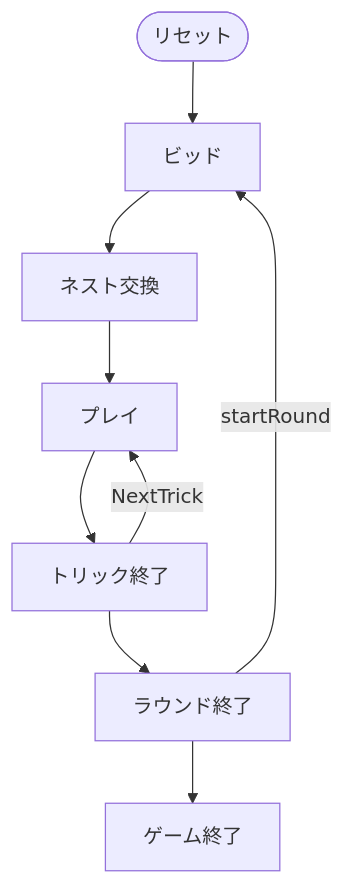
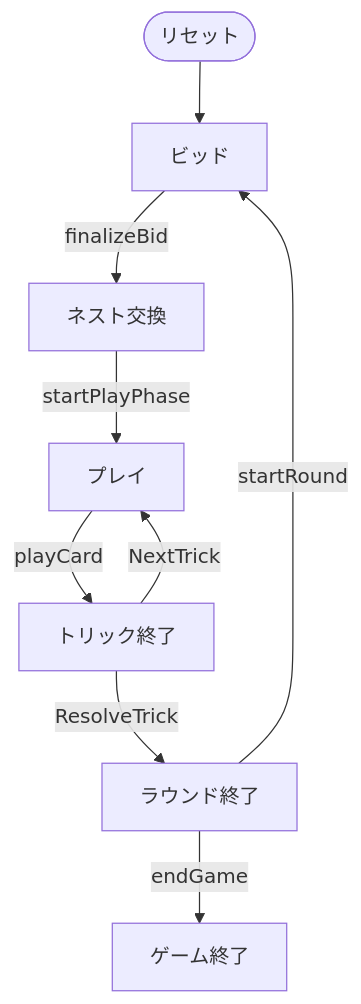
One commit to yuta-yoshinaga/go_trumpcards changed the diagram in docs/manual/cui/rook.md. Above: the diagram before and after it, drawn with Mermaid. The commit also changed 53 other files, not shown here.

````diff
--- a/docs/manual/cui/rook.md
+++ b/docs/manual/cui/rook.md
@@ -50,11 +50,17 @@
 ```mermaid
 flowchart TD
     S(["リセット"]) --> P0
-    P0["ビッド"] --> P1["ネスト交換"]
-    P1["ネスト交換"] --> P2["プレイ"]
-    P2["プレイ"] --> P3["トリック終了"]
-    P3["トリック終了"] --> P4["ラウンド終了"]
-    P4["ラウンド終了"] --> P5["ゲーム終了"]
+    P0["ビッド"]
+    P1["ネスト交換"]
+    P2["プレイ"]
+    P3["トリック終了"]
+    P4["ラウンド終了"]
+    P5["ゲーム終了"]
+    P4 -->|startRound| P0
+    P1 -->|startPlayPhase| P2
+    P2 -->|playCard| P3
+    P3 -->|ResolveTrick| P4
     P3 -->|NextTrick| P2
-    P4 -->|startRound| P0
+    P4 -->|endGame| P5
+    P0 -->|finalizeBid| P1
 ```
````
